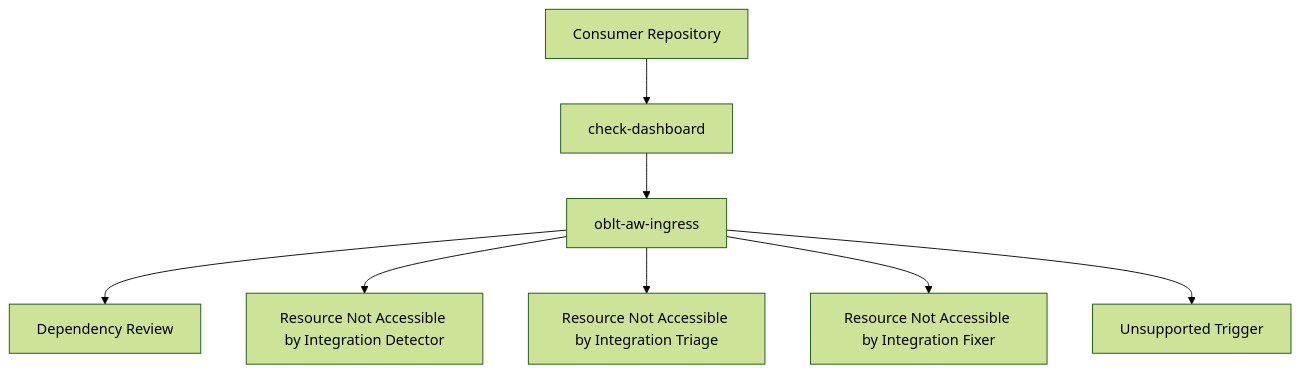
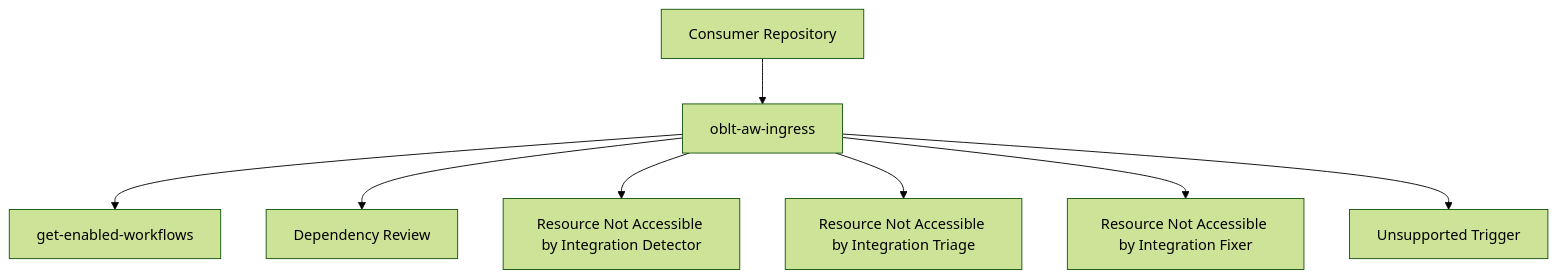
Before and after one commit to elastic/oblt-aw: the diagram in docs/architecture/overview.md, drawn with Mermaid (forest theme). The commit also changed other lines of this file and 10 other files, not shown here.

First line of the commit message:
feat(workflows): control plane dashboard gating via get-enabled-workflows (#131)

````diff
--- a/docs/architecture/overview.md
+++ b/docs/architecture/overview.md
@@ -78,10 +81,10 @@
 ```mermaid
 flowchart TD
-  A[Consumer Repository] --> B[check-dashboard]
-  B --> C[oblt-aw-ingress]
+  A[Consumer Repository] --> C[oblt-aw-ingress]
+  C --> B[get-enabled-workflows]
   C --> D[Dependency Review]
   C --> E[Resource Not Accessible by Integration Detector]
   C --> F[Resource Not Accessible by Integration Triage]
   C --> G[Resource Not Accessible by Integration Fixer]
   C --> X[Unsupported Trigger]
 ```
````
